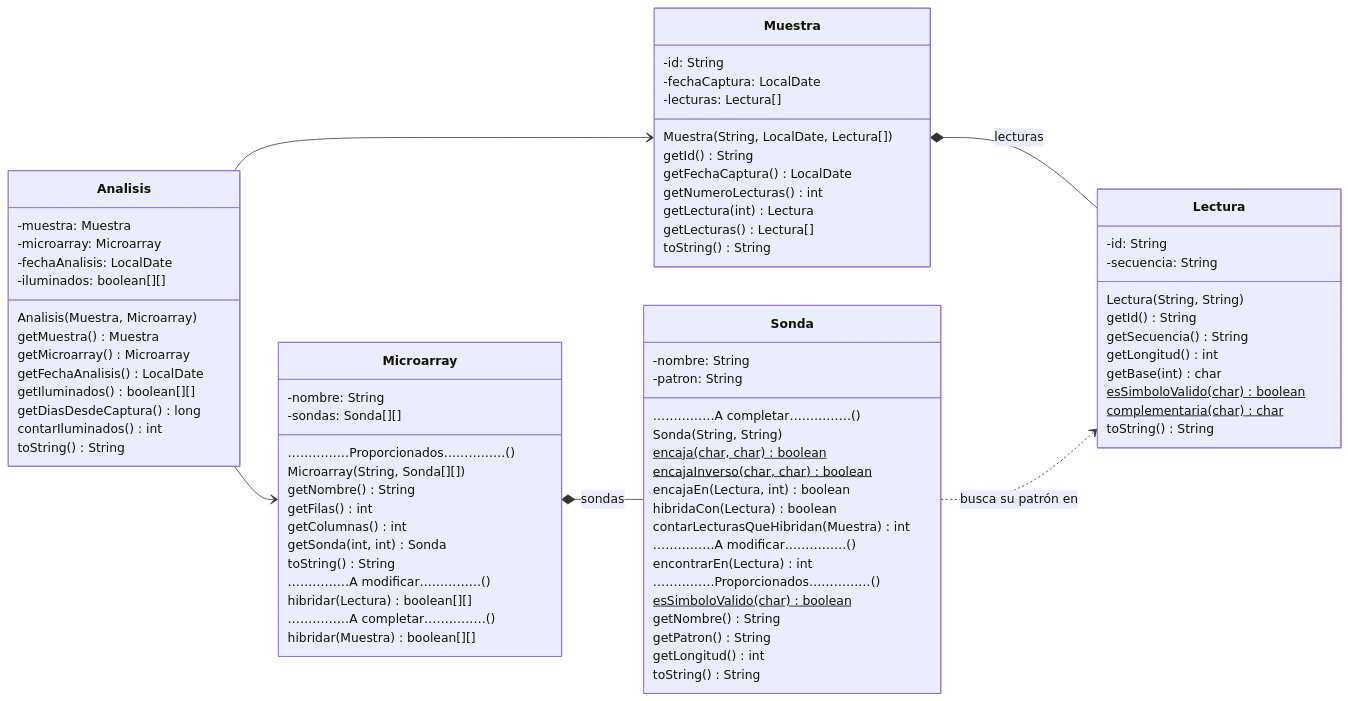
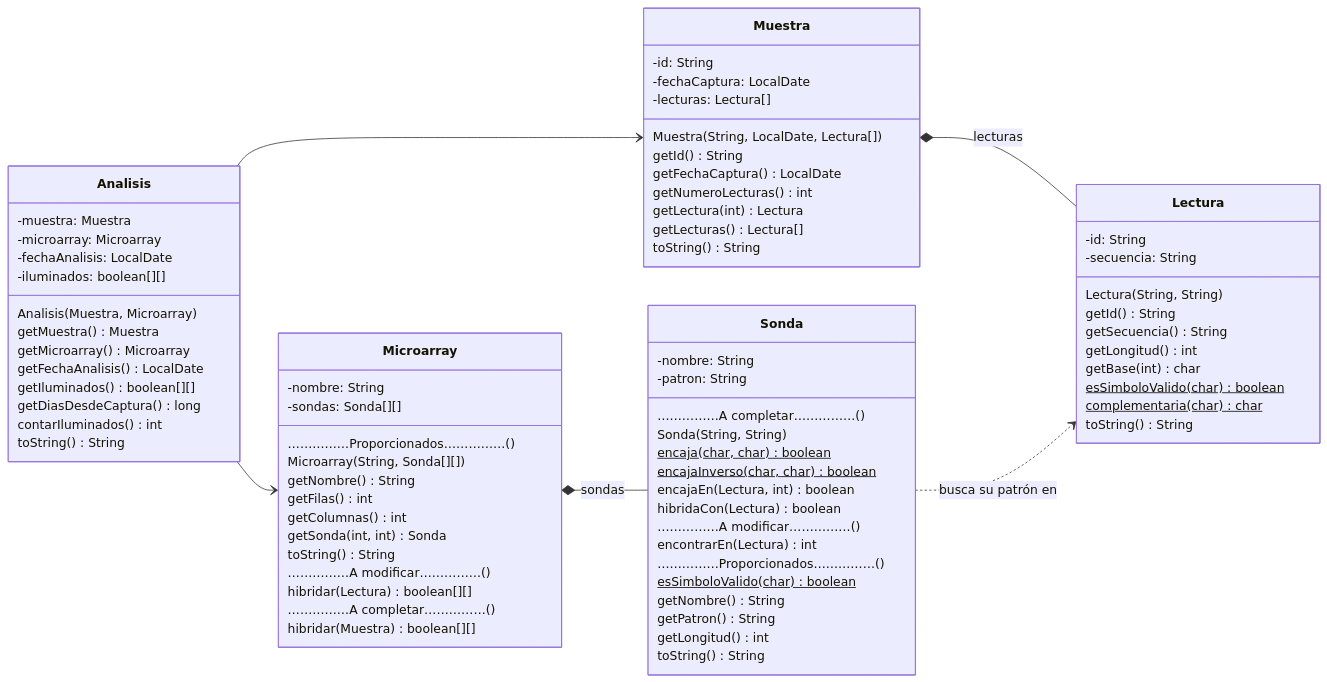
One commit to ysmartin/fprg-2026-P2-dev changed the diagram in README.md. Above: the diagram before and after it, drawn with Mermaid. The commit also changed other lines of this file and 23 other files, not shown here.

First line of the commit message:
P2: sin el apartado de contarLecturasQueHibridan y sin la idea de expresión génica

```diff
--- a/README.md
+++ b/README.md
@@ -150,7 +149,6 @@
 encajaInverso(char, char) boolean$
 encajaEn(Lectura, int) boolean
 hibridaCon(Lectura) boolean
-contarLecturasQueHibridan(Muestra) int
 ……………A modificar……………()
 encontrarEn(Lectura) int
 ……………Proporcionados……………()
```
